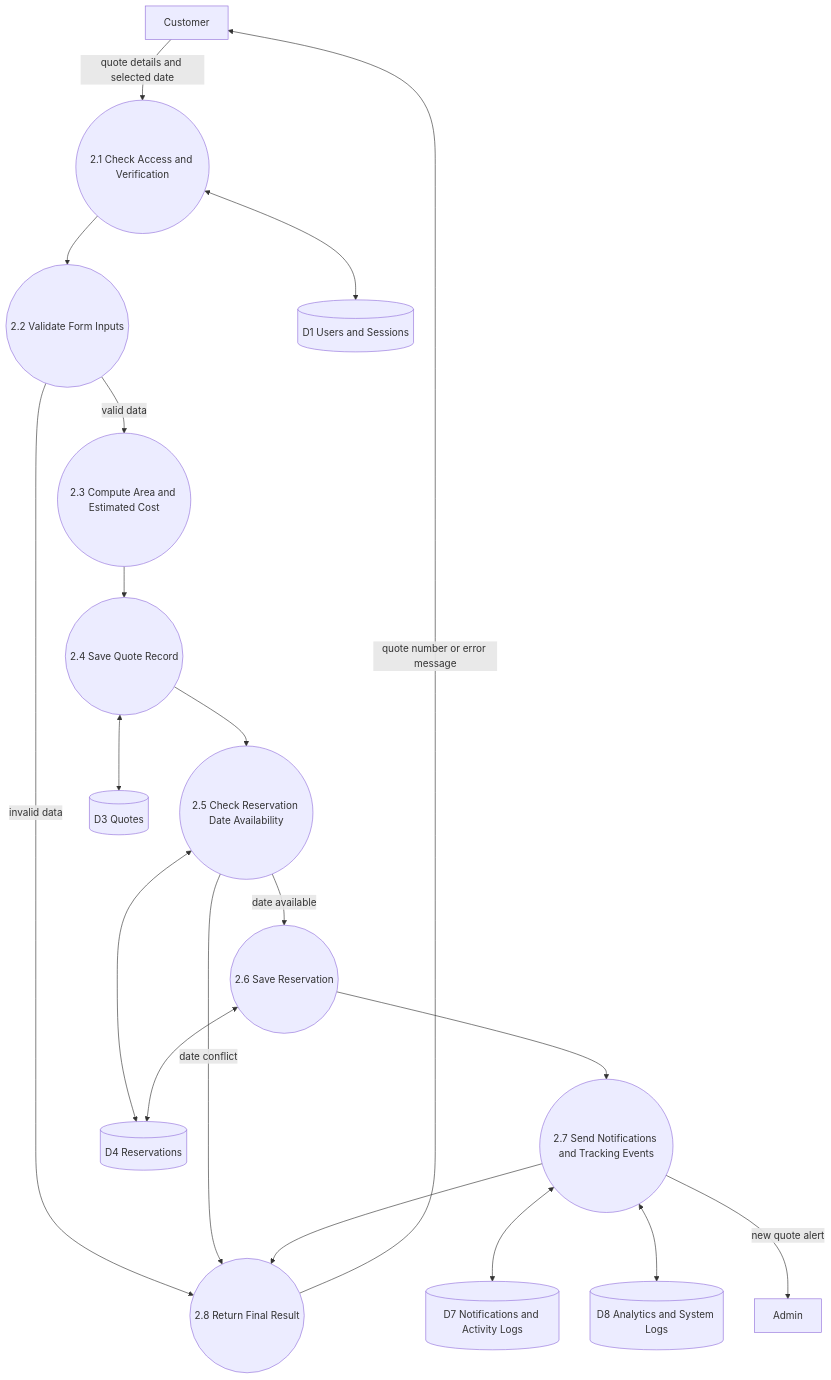
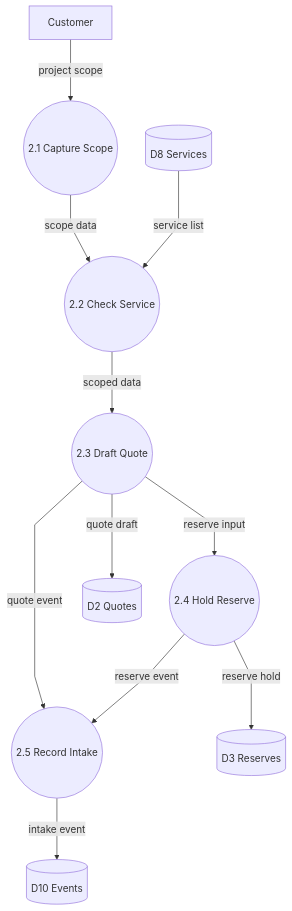
One commit to theilei/ermel changed the fourth of 11 diagrams in DFD-Ermel-System.md. Above: the diagram before and after it, drawn with Mermaid. The commit also changed other lines of this file, not shown here.

````diff
--- a/DFD-Ermel-System.md
+++ b/DFD-Ermel-System.md
@@ -133,45 +167,30 @@
 ```mermaid
+%%{init: {"flowchart":{"curve":"linear","nodeSpacing":45,"rankSpacing":75}}}%%
 flowchart TB
-    C[Customer]
-    A[Admin]
+  CUST[Customer]
 
-    P21((2.1 Check Access and Verification))
-    P22((2.2 Validate Form Inputs))
-    P23((2.3 Compute Area and Estimated Cost))
-    P24((2.4 Save Quote Record))
-    P25((2.5 Check Reservation Date Availability))
-    P26((2.6 Save Reservation))
-    P27((2.7 Send Notifications and Tracking Events))
-    P28((2.8 Return Final Result))
+  P21((2.1 Capture Scope))
+  P22((2.2 Check Service))
+  P23((2.3 Draft Quote))
+  P24((2.4 Hold Reserve))
+  P25((2.5 Record Intake))
 
-    D1[(D1 Users and Sessions)]
-    D3[(D3 Quotes)]
-    D4[(D4 Reservations)]
-    D7[(D7 Notifications and Activity Logs)]
-    D8[(D8 Analytics and System Logs)]
+  D8[(D8 Services)]
+  D2[(D2 Quotes)]
+  D3[(D3 Reserves)]
+  D10[(D10 Events)]
 
-    C -->|quote details and selected date| P21
-    P21 <--> D1
-    P21 --> P22
+  CUST -->|project scope| P21
+  P21 -->|scope data| P22
 
-    P22 -->|invalid data| P28
-    P22 -->|valid data| P23
+  D8 -->|service list| P22
+  P22 -->|scoped data| P23
 
-    P23 --> P24
-    P24 <--> D3
-    P24 --> P25
+  P23 -->|quote draft| D2
+  P23 -->|reserve input| P24
+  P24 -->|reserve hold| D3
 
-    P25 <--> D4
-    P25 -->|date conflict| P28
-    P25 -->|date available| P26
-
-    P26 <--> D4
-    P26 --> P27
-
-    P27 <--> D7
-    P27 <--> D8
-    P27 -->|new quote alert| A
-    P27 --> P28
-
-    P28 -->|quote number or error message| C
+  P23 -->|quote event| P25
+  P24 -->|reserve event| P25
+  P25 -->|intake event| D10
 ```
````
